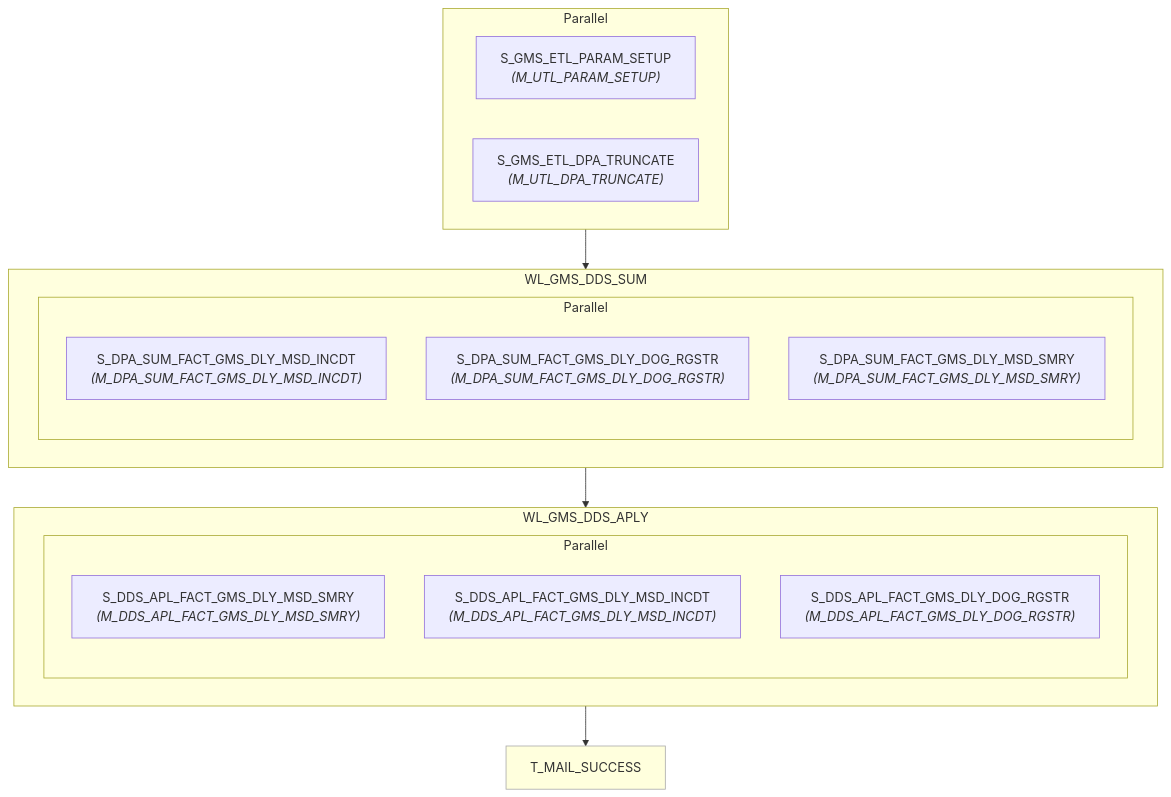
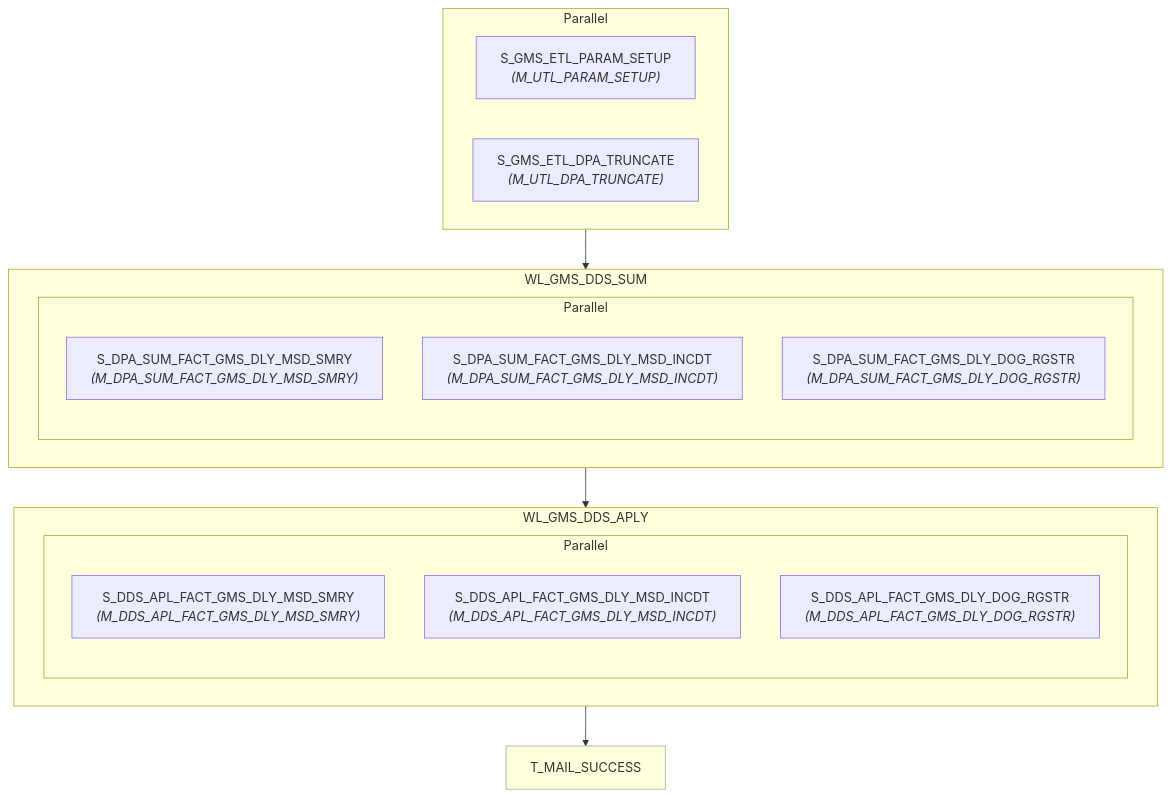
One commit to asl-adamxu/informatica-sparker-poc changed the diagram in informatica/PySpark_workflows/dds/WF_GMS_DDS_APLY_DLY/wf_gms_dds_aply_dly.md. Above: the diagram before and after it, drawn with Mermaid. The commit also changed 354 other files, not shown here.

````diff
--- a/informatica/PySpark_workflows/dds/WF_GMS_DDS_APLY_DLY/wf_gms_dds_aply_dly.md
+++ b/informatica/PySpark_workflows/dds/WF_GMS_DDS_APLY_DLY/wf_gms_dds_aply_dly.md
@@ -7,34 +7,34 @@
 ```mermaid
 flowchart TD
     n1["S_GMS_ETL_PARAM_SETUP<br/><i>(M_UTL_PARAM_SETUP)</i>"]
     n2["S_GMS_ETL_DPA_TRUNCATE<br/><i>(M_UTL_DPA_TRUNCATE)</i>"]
     subgraph pg3[Parallel]
         n1
         n2
     end
     subgraph wkl4["WL_GMS_DDS_SUM"]
-    n5["S_DPA_SUM_FACT_GMS_DLY_MSD_INCDT<br/><i>(M_DPA_SUM_FACT_GMS_DLY_MSD_INCDT)</i>"]
-    n6["S_DPA_SUM_FACT_GMS_DLY_DOG_RGSTR<br/><i>(M_DPA_SUM_FACT_GMS_DLY_DOG_RGSTR)</i>"]
-    n7["S_DPA_SUM_FACT_GMS_DLY_MSD_SMRY<br/><i>(M_DPA_SUM_FACT_GMS_DLY_MSD_SMRY)</i>"]
+    n5["S_DPA_SUM_FACT_GMS_DLY_MSD_SMRY<br/><i>(M_DPA_SUM_FACT_GMS_DLY_MSD_SMRY)</i>"]
+    n6["S_DPA_SUM_FACT_GMS_DLY_MSD_INCDT<br/><i>(M_DPA_SUM_FACT_GMS_DLY_MSD_INCDT)</i>"]
+    n7["S_DPA_SUM_FACT_GMS_DLY_DOG_RGSTR<br/><i>(M_DPA_SUM_FACT_GMS_DLY_DOG_RGSTR)</i>"]
     subgraph pg8[Parallel]
         n5
         n6
         n7
     end
     end
     subgraph wkl9["WL_GMS_DDS_APLY"]
     n10["S_DDS_APL_FACT_GMS_DLY_MSD_SMRY<br/><i>(M_DDS_APL_FACT_GMS_DLY_MSD_SMRY)</i>"]
     n11["S_DDS_APL_FACT_GMS_DLY_MSD_INCDT<br/><i>(M_DDS_APL_FACT_GMS_DLY_MSD_INCDT)</i>"]
     n12["S_DDS_APL_FACT_GMS_DLY_DOG_RGSTR<br/><i>(M_DDS_APL_FACT_GMS_DLY_DOG_RGSTR)</i>"]
     subgraph pg13[Parallel]
         n10
         n11
         n12
     end
     end
     n14["T_MAIL_SUCCESS"]
     style n14 fill:#ffd,stroke:#aaa,stroke-width:1px
     pg3 --> wkl4
     wkl4 --> wkl9
     wkl9 --> n14
 ```
````
